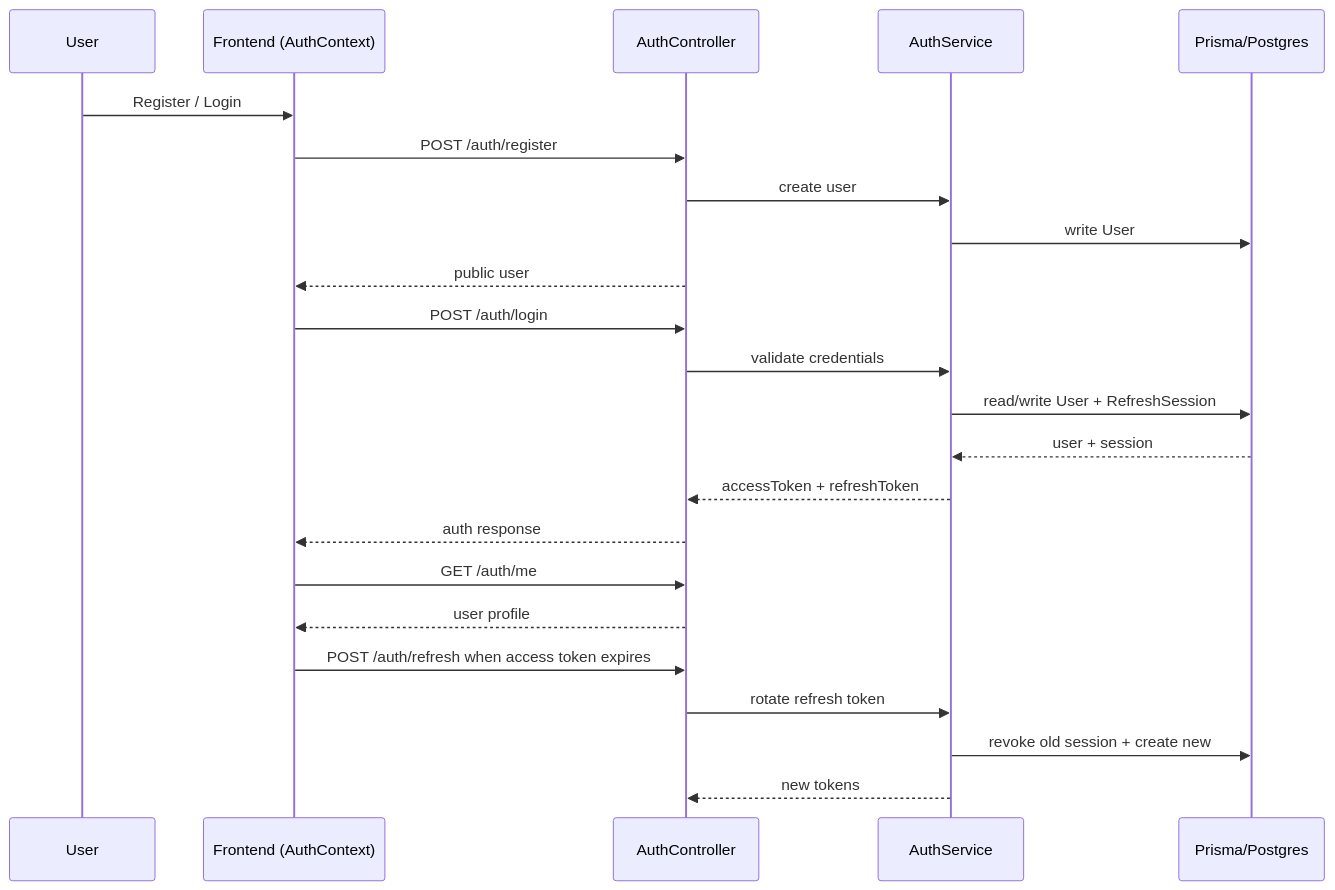
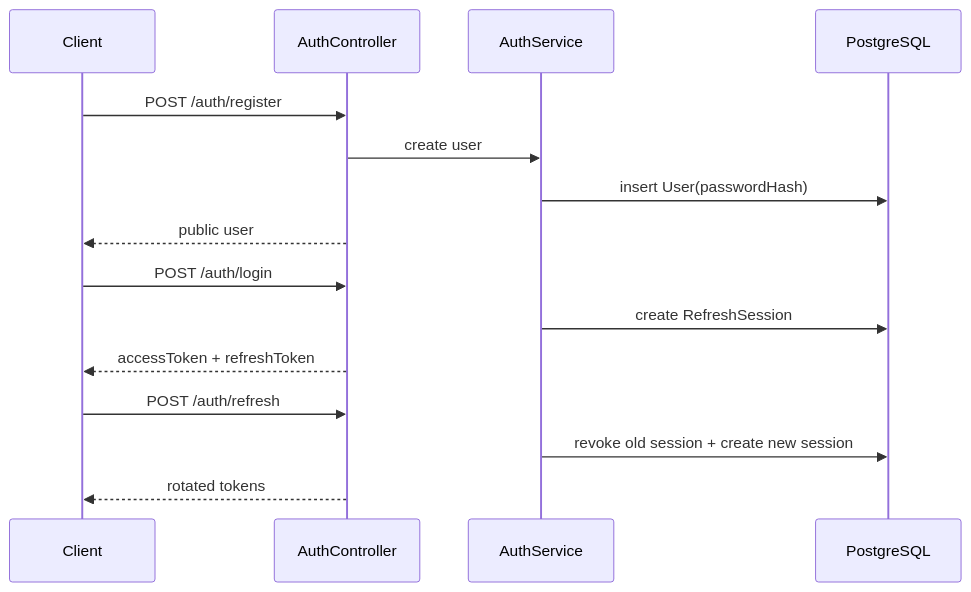
The fifth of 19 diagrams in REPO_REPORT.md (phapsucongu/white-board), drawn with Mermaid before and after one commit. The commit also changed other lines of this file, not shown here.

````diff
--- a/REPO_REPORT.md
+++ b/REPO_REPORT.md
@@ -212,26 +398,18 @@
 ```mermaid
 sequenceDiagram
-  participant User
-  participant Frontend as Frontend (AuthContext)
-  participant API as AuthController
-  participant AuthSvc as AuthService
-  participant DB as Prisma/Postgres
+  participant Client
+  participant AuthController
+  participant AuthService
+  participant DB as PostgreSQL
 
-  User->>Frontend: Register / Login
-  Frontend->>API: POST /auth/register
-  API->>AuthSvc: create user
-  AuthSvc->>DB: write User
-  API-->>Frontend: public user
-  Frontend->>API: POST /auth/login
-  API->>AuthSvc: validate credentials
-  AuthSvc->>DB: read/write User + RefreshSession
-  DB-->>AuthSvc: user + session
-  AuthSvc-->>API: accessToken + refreshToken
-  API-->>Frontend: auth response
-  Frontend->>API: GET /auth/me
-  API-->>Frontend: user profile
-  Frontend->>API: POST /auth/refresh when access token expires
-  API->>AuthSvc: rotate refresh token
-  AuthSvc->>DB: revoke old session + create new
-  AuthSvc-->>API: new tokens
+  Client->>AuthController: POST /auth/register
+  AuthController->>AuthService: create user
+  AuthService->>DB: insert User(passwordHash)
+  AuthController-->>Client: public user
+  Client->>AuthController: POST /auth/login
+  AuthService->>DB: create RefreshSession
+  AuthController-->>Client: accessToken + refreshToken
+  Client->>AuthController: POST /auth/refresh
+  AuthService->>DB: revoke old session + create new session
+  AuthController-->>Client: rotated tokens
 ```
````
